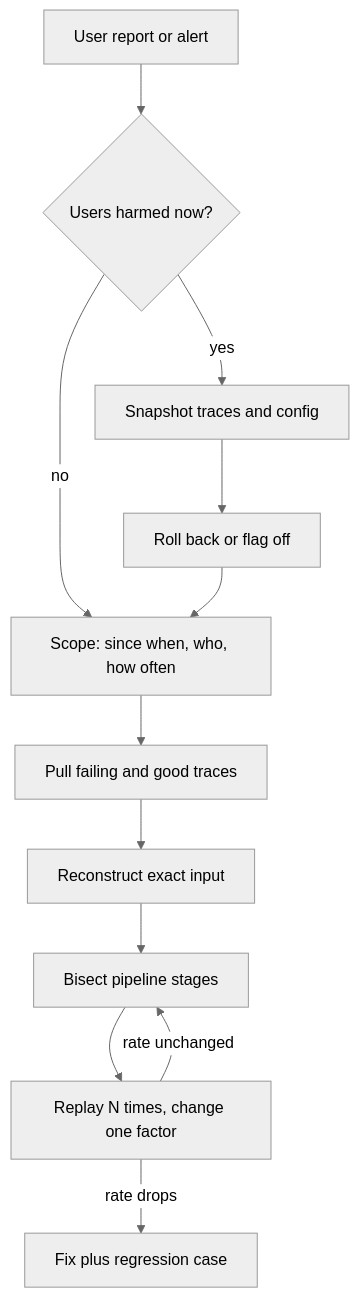
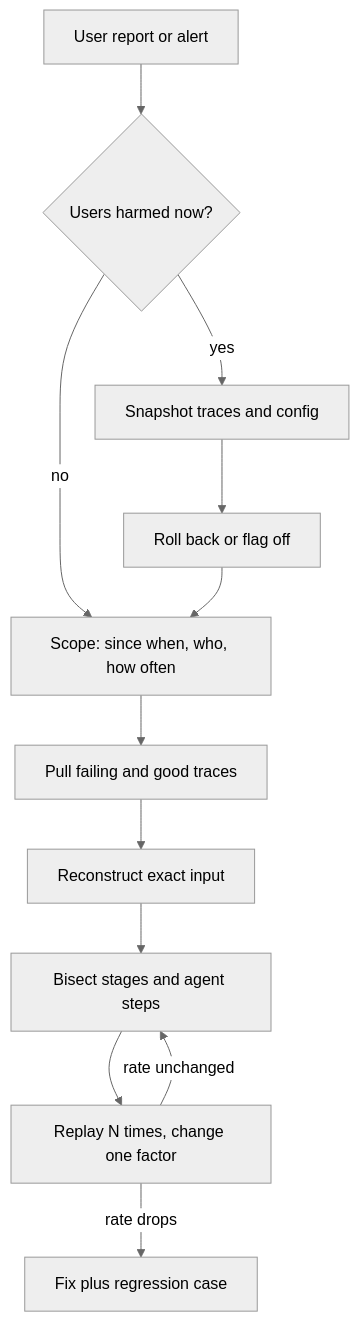
The diagram in content/delivery-ownership/production-debugging.md (lovishmahajan97/agentic-learning), drawn with Mermaid (neutral theme) before and after one commit. The commit also changed other lines of this file and 454 other files, not shown here.

````diff
--- a/content/delivery-ownership/production-debugging.md
+++ b/content/delivery-ownership/production-debugging.md
@@ -132,14 +162,14 @@
 ```mermaid
 flowchart TD
     R["User report or alert"] --> H{"Users harmed now?"}
     H -->|"yes"| E["Snapshot traces and config"]
     E --> M["Roll back or flag off"]
     H -->|"no"| S["Scope: since when, who, how often"]
     M --> S
     S --> T["Pull failing and good traces"]
     T --> X["Reconstruct exact input"]
-    X --> B["Bisect pipeline stages"]
+    X --> B["Bisect stages and agent steps"]
     B --> P["Replay N times, change one factor"]
     P -->|"rate unchanged"| B
     P -->|"rate drops"| F["Fix plus regression case"]
 ```
````
